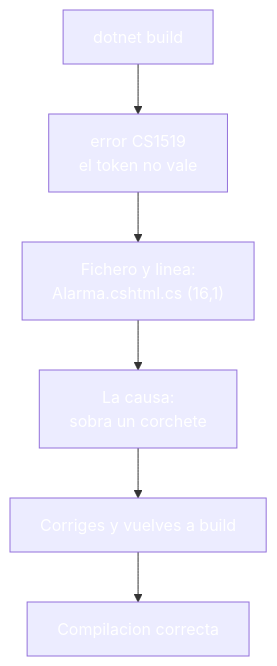
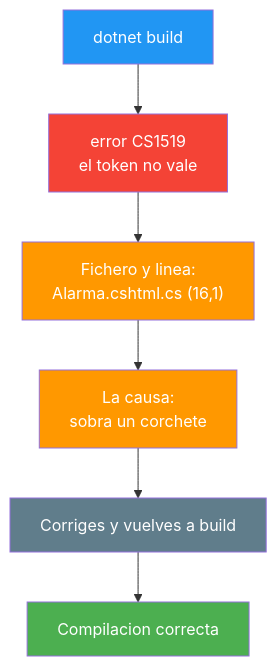
Before and after one commit to joseluisgs/DesarrolloWebEntornosServidor-03-2026-2027: the second of 6 diagrams in 23-herramientas-debug.md, drawn with Mermaid. The commit also changed other lines of this file and 25 other files, not shown here.

Commit message:
docs: corregir los estilos Mermaid de los temas y alinear el dominio del tema 25 con ProductosApp

````diff
--- a/23-herramientas-debug.md
+++ b/23-herramientas-debug.md
@@ -113,14 +113,14 @@
 ```mermaid
 graph TD
     B["dotnet build"] --> E["error CS1519<br/>el token no vale"]
     E --> F["Fichero y linea:<br/>Alarma.cshtml.cs (16,1)"]
     F --> C["La causa:<br/>sobra un corchete"]
     C --> R["Corriges y vuelves a build"]
     R --> OK["Compilacion correcta"]
-    style B fill:#2196F,color:#fff3,color:#fff
-    style E fill:#f4433,color:#fff6,color:#fff
-    style F fill:#FF980,color:#fff0,color:#fff
-    style C fill:#FF980,color:#fff0,color:#fff
-    style R fill:#607D8,color:#fffB,color:#fff
-    style OK fill:#4CAF5,color:#fff0,color:#fff
+    style B fill:#2196F3,color:#fff
+    style E fill:#f44336,color:#fff
+    style F fill:#FF9800,color:#fff
+    style C fill:#FF9800,color:#fff
+    style R fill:#607D8B,color:#fff
+    style OK fill:#4CAF50,color:#fff
 ```
````
